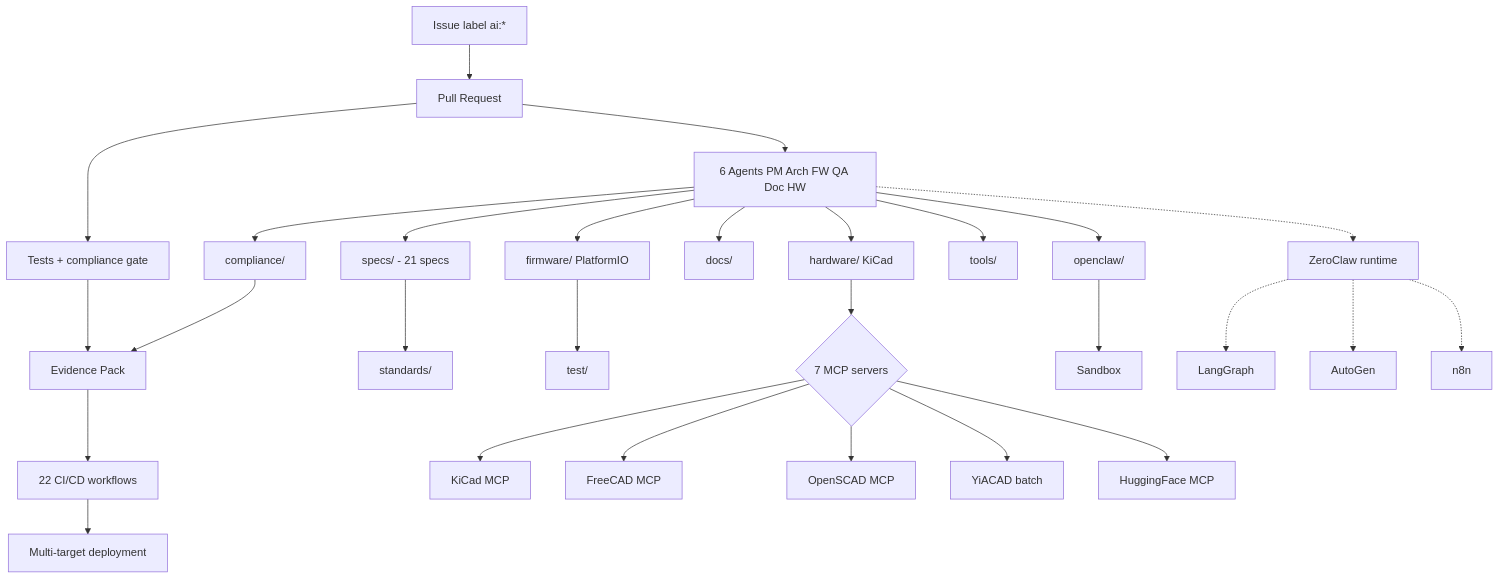
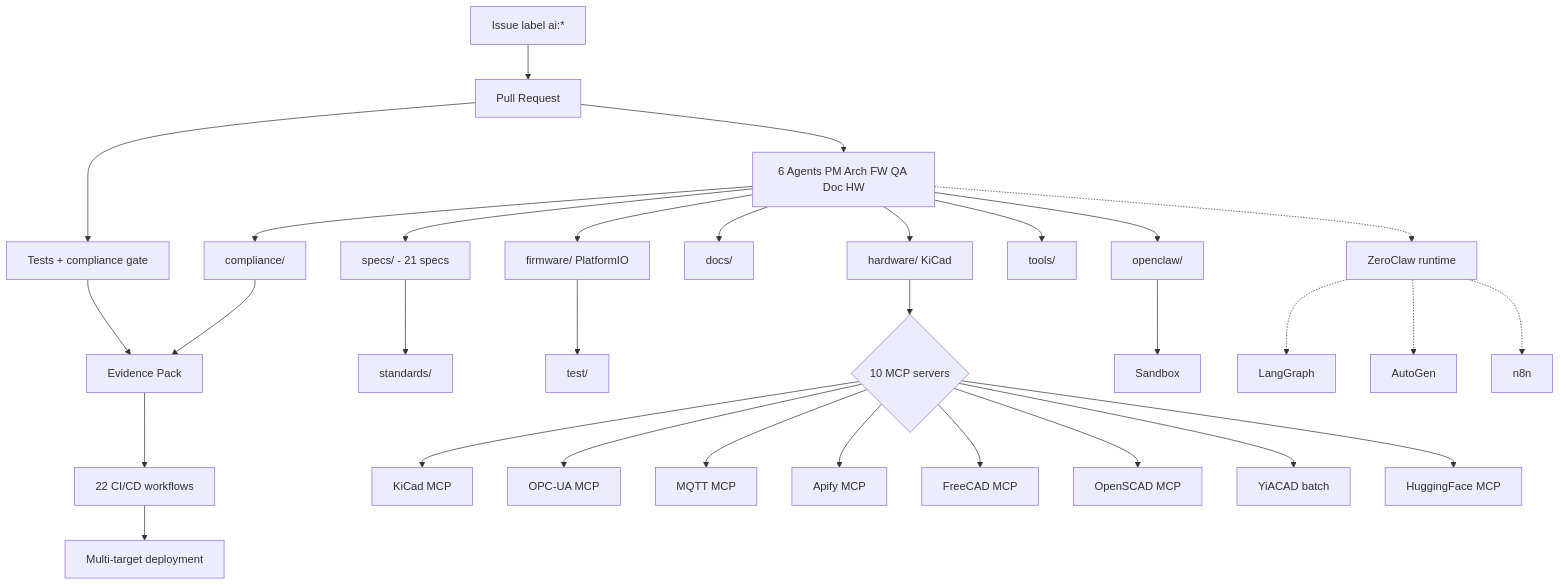
The diagram in README.md (electron-rare/Kill_LIFE), drawn with Mermaid before and after one commit. The commit also changed other lines of this file and 1 other file, not shown here.

Commit message:
docs: update README + index with Mascarade, Factory 4.0, 10 MCP servers
- README: add Mascarade, Factory 4.0, EDA AI, project template features
- README: update Mermaid diagram (10 MCP servers incl. OPC-UA, MQTT, Apify)
- docs/index.md: add unified ops, evidence packs, lot pilot, Factory 4.0 refs

````diff
--- a/README.md
+++ b/README.md
@@ -116,30 +121,33 @@
 ```mermaid
 flowchart TD
   Issue[Issue label ai:*] --> PR[Pull Request]
   PR --> Gate[Tests + compliance gate]
   Gate --> Evidence[Evidence Pack]
   Evidence --> CI[22 CI/CD workflows]
   CI --> Deploy[Multi-target deployment]
   PR --> Agents[6 Agents PM Arch FW QA Doc HW]
   Agents --> Specs[specs/ - 21 specs]
   Agents --> Firmware[firmware/ PlatformIO]
   Agents --> Hardware[hardware/ KiCad]
   Agents --> Docs[docs/]
   Agents --> Compliance[compliance/]
   Agents --> Tools[tools/]
   Agents --> OpenClaw[openclaw/]
   Specs --> Standards[standards/]
   Firmware --> Tests[test/]
-  Hardware --> MCP{7 MCP servers}
+  Hardware --> MCP{10 MCP servers}
   MCP --> KiCad[KiCad MCP]
+  MCP --> OPC[OPC-UA MCP]
+  MCP --> MQTT[MQTT MCP]
+  MCP --> Apify[Apify MCP]
   MCP --> FreeCAD[FreeCAD MCP]
   MCP --> OpenSCAD[OpenSCAD MCP]
   MCP --> YiACAD[YiACAD batch]
   MCP --> HF[HuggingFace MCP]
   Compliance --> Evidence
   OpenClaw --> Sandbox[Sandbox]
   Agents -.-> ZeroClaw[ZeroClaw runtime]
   ZeroClaw -.-> LangGraph[LangGraph]
   ZeroClaw -.-> AutoGen[AutoGen]
   ZeroClaw -.-> N8N[n8n]
 ```
````
